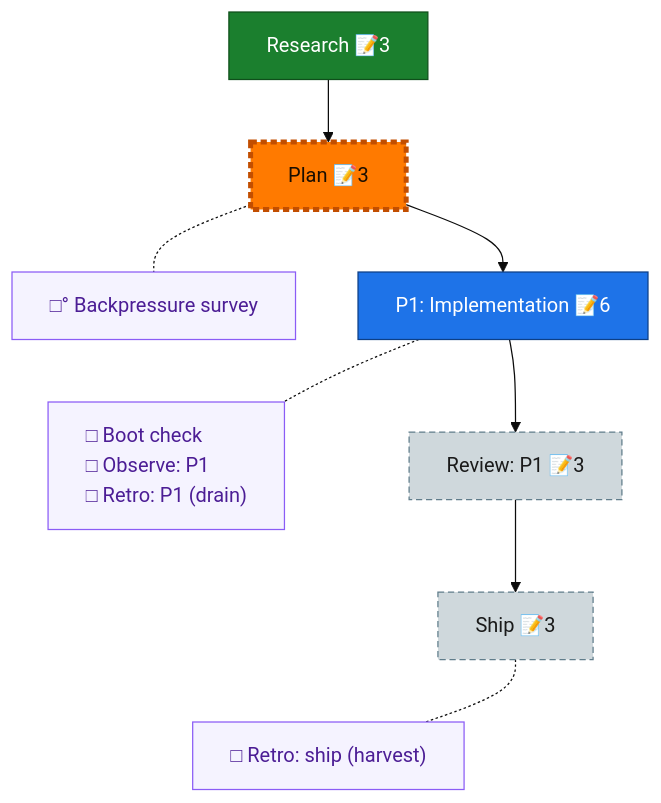
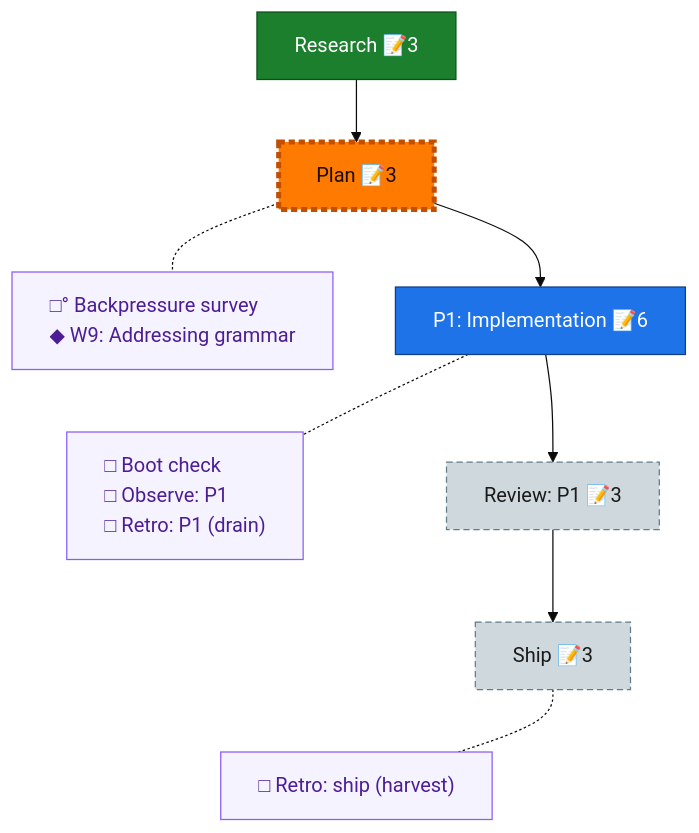
The diagram in docs/plans/065-deterministic-documents/the-flow.md (AI-Substrate/harness-engineering), drawn with Mermaid (base theme) before and after one commit. The commit also changed other lines of this file and 4 other files, not shown here.

First line of the commit message:
docs(065): W9 addressing workshop — grammar locked (workshops/001)

````diff
--- a/docs/plans/065-deterministic-documents/the-flow.md
+++ b/docs/plans/065-deterministic-documents/the-flow.md
@@ -8,29 +8,29 @@
 ```mermaid
 flowchart TD
     research["Research 📝3"]:::done
     plan["Plan 📝3"]:::assumed
     phase_1["P1: Implementation 📝6"]:::known
     review_1["Review: P1 📝3"]:::assumed
     ship["Ship 📝3"]:::assumed
 
     research --> plan --> phase_1 --> review_1 --> ship
 
-    planC["□° Backpressure survey"]:::chore
+    planC["□° Backpressure survey<br/>◆ W9: Addressing grammar"]:::chore
     phase_1C["□ Boot check<br/>□ Observe: P1<br/>□ Retro: P1 (drain)"]:::chore
     shipC["□ Retro: ship (harvest)"]:::chore
 
     %% invisible chain holds the gutter boxes in their own column
     planC ~~~ phase_1C ~~~ shipC
 
     %% dotted links pull each gutter box beside its node
     plan -.- planC
     phase_1 -.- phase_1C
     ship -.- shipC
 
     classDef done fill:#1B7F2E,stroke:#0F4F1B,color:#fff;
     classDef known fill:#1E73E8,stroke:#0D3F86,color:#fff;
     classDef assumed fill:#CFD8DC,stroke:#607D8B,color:#1a1a1a,stroke-dasharray:5 3;
     classDef chore fill:#f5f3ff,stroke:#8b5cf6,color:#4c1d95,text-align:left;
     classDef current fill:#FF7A00,stroke:#C24E00,color:#1a0e00,stroke-width:4px;
     class plan current;
 ```
````
